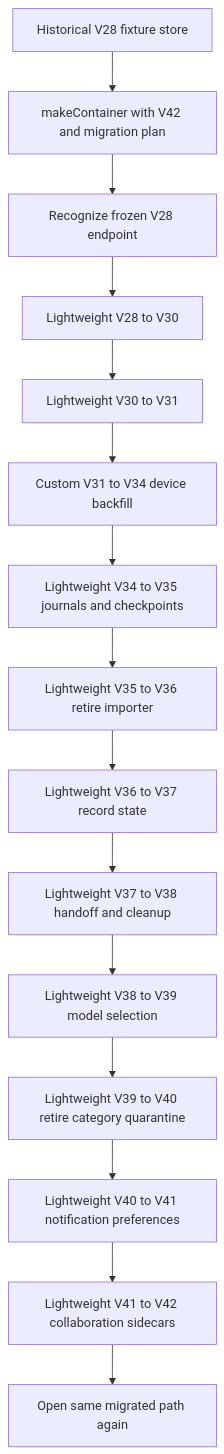
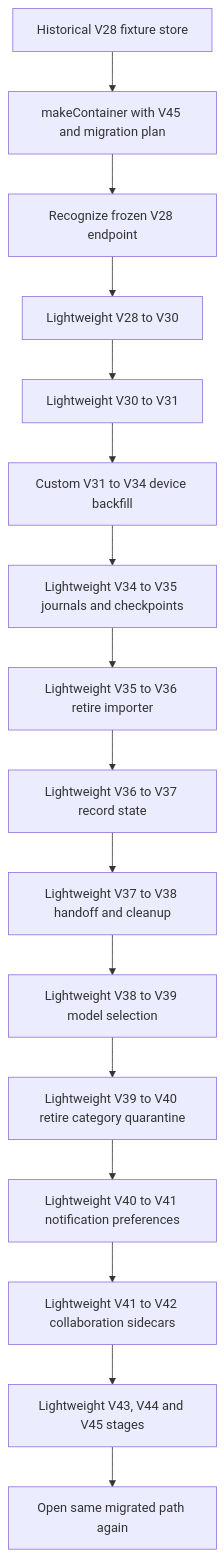
Before and after one commit to AkinoKaede/Termind: the second of 3 diagrams in openwiki/concepts/persistence-and-secrets.md, drawn with Mermaid. The commit also changed other lines of this file and 63 other files, not shown here.

````diff
--- a/openwiki/concepts/persistence-and-secrets.md
+++ b/openwiki/concepts/persistence-and-secrets.md
@@ -173,17 +179,18 @@
 ```mermaid
 flowchart TD
-    Fixture["Historical V28 fixture store"] --> Factory["makeContainer with V42 and migration plan"]
+    Fixture["Historical V28 fixture store"] --> Factory["makeContainer with V45 and migration plan"]
     Factory --> V28["Recognize frozen V28 endpoint"]
     V28 --> V30["Lightweight V28 to V30"]
     V30 --> V31["Lightweight V30 to V31"]
     V31 --> V34["Custom V31 to V34 device backfill"]
     V34 --> V35["Lightweight V34 to V35 journals and checkpoints"]
     V35 --> V36["Lightweight V35 to V36 retire importer"]
     V36 --> V37["Lightweight V36 to V37 record state"]
     V37 --> V38["Lightweight V37 to V38 handoff and cleanup"]
     V38 --> V39["Lightweight V38 to V39 model selection"]
     V39 --> V40["Lightweight V39 to V40 retire category quarantine"]
     V40 --> V41["Lightweight V40 to V41 notification preferences"]
     V41 --> V42["Lightweight V41 to V42 collaboration sidecars"]
-    V42 --> Reopen["Open same migrated path again"]
+    V42 --> V45["Lightweight V43, V44 and V45 stages"]
+    V45 --> Reopen["Open same migrated path again"]
 ```
````
